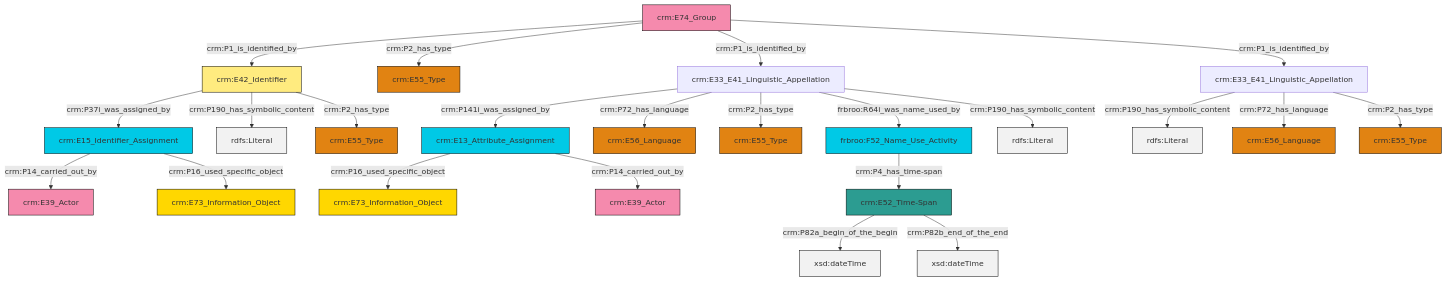
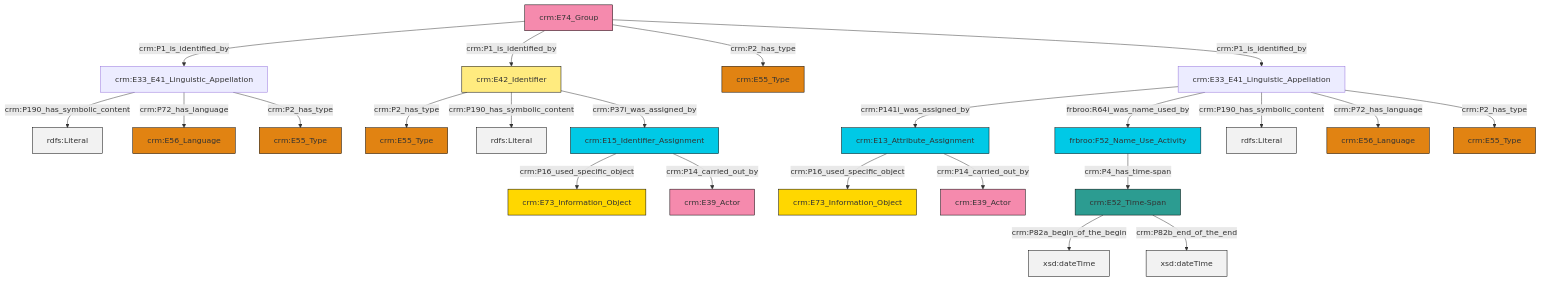
The diagram in et/groupCSV/ttl/mmd/group_name.ttl.mmd (swiss-art-research-net/reference-data-models), drawn with Mermaid before and after one commit. The commit also changed 128 other files, not shown here.

```diff
--- a/et/groupCSV/ttl/mmd/group_name.ttl.mmd
+++ b/et/groupCSV/ttl/mmd/group_name.ttl.mmd
@@ -1,37 +1,37 @@
 graph TD
 classDef Literal fill:#f2f2f2,stroke:#000000;
 classDef CRM_Entity fill:#FFFFFF,stroke:#000000;
 classDef Temporal_Entity fill:#00C9E6, stroke:#000000;
 classDef Type fill:#E18312, stroke:#000000;
 classDef Time-Span fill:#2C9C91, stroke:#000000;
 classDef Appellation fill:#FFEB7F, stroke:#000000;
 classDef Place fill:#008836, stroke:#000000;
 classDef Persistent_Item fill:#B266B2, stroke:#000000;
 classDef Conceptual_Object fill:#FFD700, stroke:#000000;
 classDef Physical_Thing fill:#D2B48C, stroke:#000000;
 classDef Actor fill:#f58aad, stroke:#000000;
 classDef PC_Classes fill:#4ce600, stroke:#000000;
 classDef Multi fill:#cccccc,stroke:#000000;
 
-0["crm:E33_E41_Linguistic_Appellation"]:::Default -->|crm:P141i_was_assigned_by| 1["crm:E13_Attribute_Assignment"]:::Temporal_Entity
-1["crm:E13_Attribute_Assignment"]:::Temporal_Entity -->|crm:P16_used_specific_object| 2["crm:E73_Information_Object"]:::Conceptual_Object
-3["crm:E15_Identifier_Assignment"]:::Temporal_Entity -->|crm:P14_carried_out_by| 4["crm:E39_Actor"]:::Actor
+0["crm:E33_E41_Linguistic_Appellation"]:::Default -->|crm:P190_has_symbolic_content| 1[rdfs:Literal]:::Literal
+3["crm:E13_Attribute_Assignment"]:::Temporal_Entity -->|crm:P16_used_specific_object| 4["crm:E73_Information_Object"]:::Conceptual_Object
 0["crm:E33_E41_Linguistic_Appellation"]:::Default -->|crm:P72_has_language| 5["crm:E56_Language"]:::Type
-8["crm:E42_Identifier"]:::Appellation -->|crm:P37i_was_assigned_by| 3["crm:E15_Identifier_Assignment"]:::Temporal_Entity
-8["crm:E42_Identifier"]:::Appellation -->|crm:P190_has_symbolic_content| 10[rdfs:Literal]:::Literal
-11["crm:E52_Time-Span"]:::Time-Span -->|crm:P82a_begin_of_the_begin| 12[xsd:dateTime]:::Literal
-0["crm:E33_E41_Linguistic_Appellation"]:::Default -->|crm:P2_has_type| 14["crm:E55_Type"]:::Type
-0["crm:E33_E41_Linguistic_Appellation"]:::Default -->|frbroo:R64i_was_name_used_by| 16["frbroo:F52_Name_Use_Activity"]:::Temporal_Entity
-1["crm:E13_Attribute_Assignment"]:::Temporal_Entity -->|crm:P14_carried_out_by| 17["crm:E39_Actor"]:::Actor
-18["crm:E74_Group"]:::Actor -->|crm:P1_is_identified_by| 8["crm:E42_Identifier"]:::Appellation
-18["crm:E74_Group"]:::Actor -->|crm:P2_has_type| 24["crm:E55_Type"]:::Type
-26["crm:E33_E41_Linguistic_Appellation"]:::Default -->|crm:P190_has_symbolic_content| 27[rdfs:Literal]:::Literal
-18["crm:E74_Group"]:::Actor -->|crm:P1_is_identified_by| 0["crm:E33_E41_Linguistic_Appellation"]:::Default
-26["crm:E33_E41_Linguistic_Appellation"]:::Default -->|crm:P72_has_language| 20["crm:E56_Language"]:::Type
-11["crm:E52_Time-Span"]:::Time-Span -->|crm:P82b_end_of_the_end| 35[xsd:dateTime]:::Literal
-8["crm:E42_Identifier"]:::Appellation -->|crm:P2_has_type| 22["crm:E55_Type"]:::Type
-3["crm:E15_Identifier_Assignment"]:::Temporal_Entity -->|crm:P16_used_specific_object| 30["crm:E73_Information_Object"]:::Conceptual_Object
-16["frbroo:F52_Name_Use_Activity"]:::Temporal_Entity -->|crm:P4_has_time-span| 11["crm:E52_Time-Span"]:::Time-Span
-26["crm:E33_E41_Linguistic_Appellation"]:::Default -->|crm:P2_has_type| 6["crm:E55_Type"]:::Type
-18["crm:E74_Group"]:::Actor -->|crm:P1_is_identified_by| 26["crm:E33_E41_Linguistic_Appellation"]:::Default
-0["crm:E33_E41_Linguistic_Appellation"]:::Default -->|crm:P190_has_symbolic_content| 40[rdfs:Literal]:::Literal
+6["crm:E33_E41_Linguistic_Appellation"]:::Default -->|crm:P141i_was_assigned_by| 3["crm:E13_Attribute_Assignment"]:::Temporal_Entity
+6["crm:E33_E41_Linguistic_Appellation"]:::Default -->|frbroo:R64i_was_name_used_by| 8["frbroo:F52_Name_Use_Activity"]:::Temporal_Entity
+9["crm:E74_Group"]:::Actor -->|crm:P1_is_identified_by| 0["crm:E33_E41_Linguistic_Appellation"]:::Default
+10["crm:E15_Identifier_Assignment"]:::Temporal_Entity -->|crm:P16_used_specific_object| 11["crm:E73_Information_Object"]:::Conceptual_Object
+0["crm:E33_E41_Linguistic_Appellation"]:::Default -->|crm:P2_has_type| 12["crm:E55_Type"]:::Type
+14["crm:E52_Time-Span"]:::Time-Span -->|crm:P82a_begin_of_the_begin| 15[xsd:dateTime]:::Literal
+6["crm:E33_E41_Linguistic_Appellation"]:::Default -->|crm:P190_has_symbolic_content| 16[rdfs:Literal]:::Literal
+6["crm:E33_E41_Linguistic_Appellation"]:::Default -->|crm:P72_has_language| 17["crm:E56_Language"]:::Type
+14["crm:E52_Time-Span"]:::Time-Span -->|crm:P82b_end_of_the_end| 18[xsd:dateTime]:::Literal
+9["crm:E74_Group"]:::Actor -->|crm:P1_is_identified_by| 19["crm:E42_Identifier"]:::Appellation
+6["crm:E33_E41_Linguistic_Appellation"]:::Default -->|crm:P2_has_type| 23["crm:E55_Type"]:::Type
+10["crm:E15_Identifier_Assignment"]:::Temporal_Entity -->|crm:P14_carried_out_by| 26["crm:E39_Actor"]:::Actor
+19["crm:E42_Identifier"]:::Appellation -->|crm:P2_has_type| 20["crm:E55_Type"]:::Type
+19["crm:E42_Identifier"]:::Appellation -->|crm:P190_has_symbolic_content| 33[rdfs:Literal]:::Literal
+8["frbroo:F52_Name_Use_Activity"]:::Temporal_Entity -->|crm:P4_has_time-span| 14["crm:E52_Time-Span"]:::Time-Span
+19["crm:E42_Identifier"]:::Appellation -->|crm:P37i_was_assigned_by| 10["crm:E15_Identifier_Assignment"]:::Temporal_Entity
+9["crm:E74_Group"]:::Actor -->|crm:P2_has_type| 35["crm:E55_Type"]:::Type
+3["crm:E13_Attribute_Assignment"]:::Temporal_Entity -->|crm:P14_carried_out_by| 24["crm:E39_Actor"]:::Actor
+9["crm:E74_Group"]:::Actor -->|crm:P1_is_identified_by| 6["crm:E33_E41_Linguistic_Appellation"]:::Default
```
